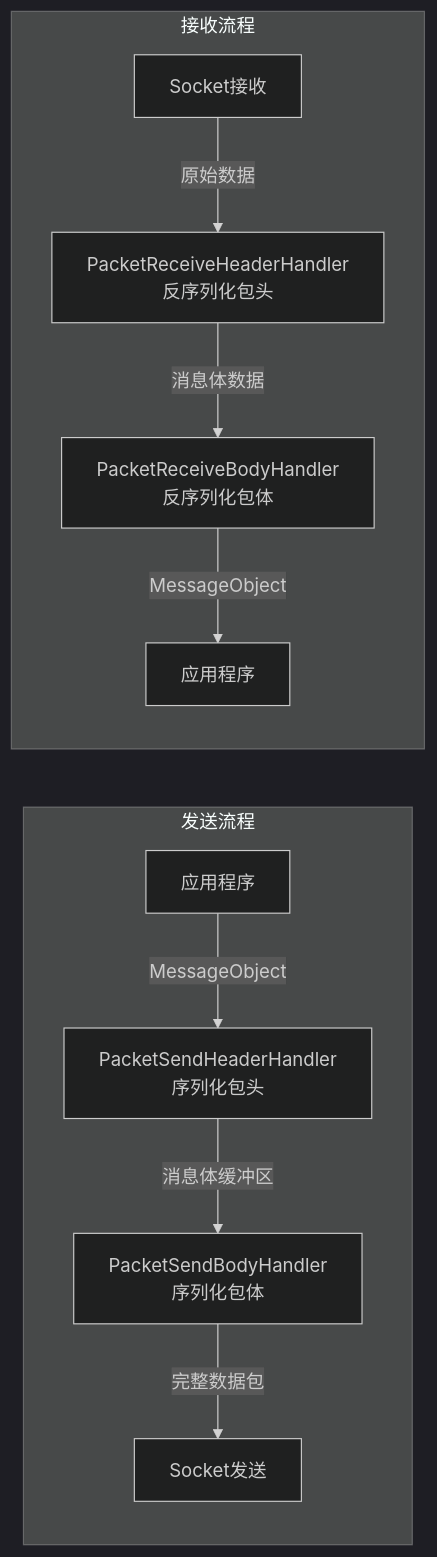
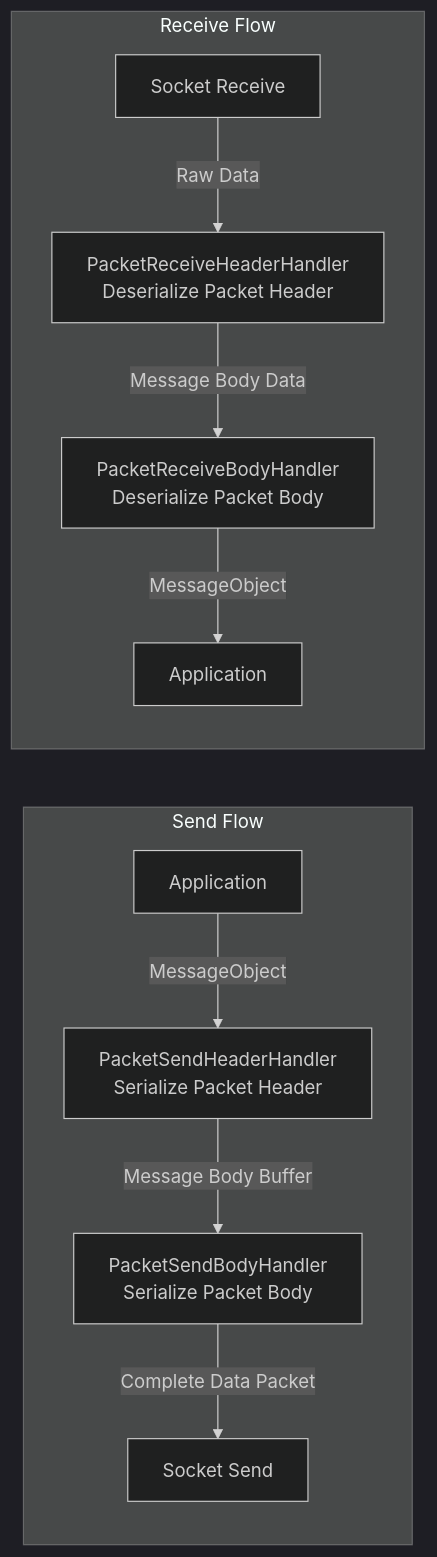
Before and after one commit to AlianBlank/GameFrameX.Docs: the second of 7 diagrams in docs/en/client/unity/component/network/01.overview.md, drawn with Mermaid (dark theme). The commit also changed other lines of this file and 242 other files, not shown here.

````diff
--- a/docs/en/client/unity/component/network/01.overview.md
+++ b/docs/en/client/unity/component/network/01.overview.md
@@ -129,14 +129,14 @@
 ```mermaid
 flowchart LR
-    subgraph Send["发送流程"]
-        App[应用程序] -->|MessageObject| PSH[PacketSendHeaderHandler<br/>序列化包头]
-        PSH -->|消息体缓冲区| PSB[PacketSendBodyHandler<br/>序列化包体]
-        PSB -->|完整数据包| Socket[Socket发送]
+    subgraph Send["Send Flow"]
+        App[Application] -->|MessageObject| PSH[PacketSendHeaderHandler<br/>Serialize Packet Header]
+        PSH -->|Message Body Buffer| PSB[PacketSendBodyHandler<br/>Serialize Packet Body]
+        PSB -->|Complete Data Packet| Socket[Socket Send]
     end
-    
-    subgraph Receive["接收流程"]
-        Socket2[Socket接收] -->|原始数据| PRH[PacketReceiveHeaderHandler<br/>反序列化包头]
-        PRH -->|消息体数据| PRB[PacketReceiveBodyHandler<br/>反序列化包体]
-        PRB -->|MessageObject| App2[应用程序]
+
+    subgraph Receive["Receive Flow"]
+        Socket2[Socket Receive] -->|Raw Data| PRH[PacketReceiveHeaderHandler<br/>Deserialize Packet Header]
+        PRH -->|Message Body Data| PRB[PacketReceiveBodyHandler<br/>Deserialize Packet Body]
+        PRB -->|MessageObject| App2[Application]
     end
 ```
````
